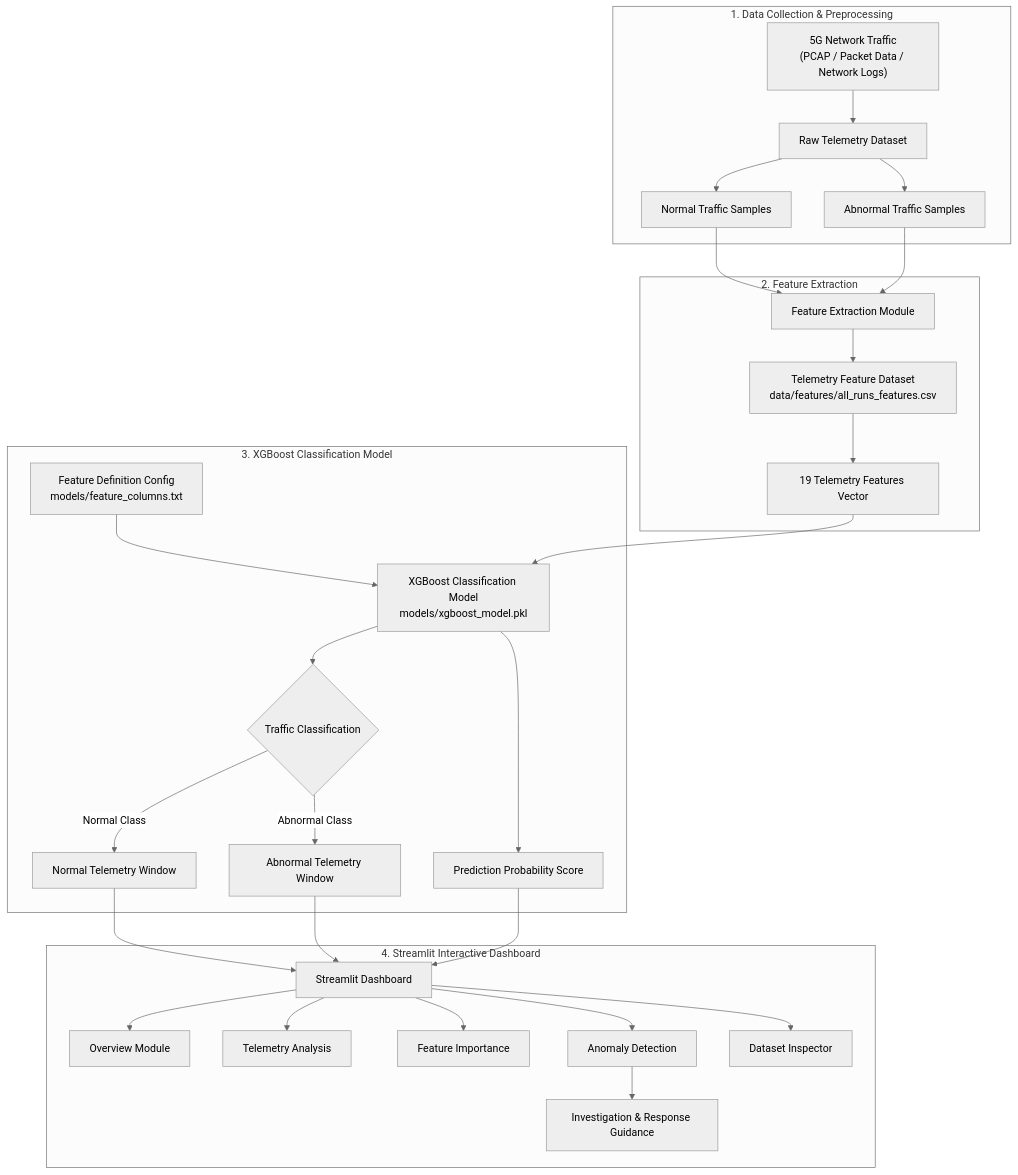
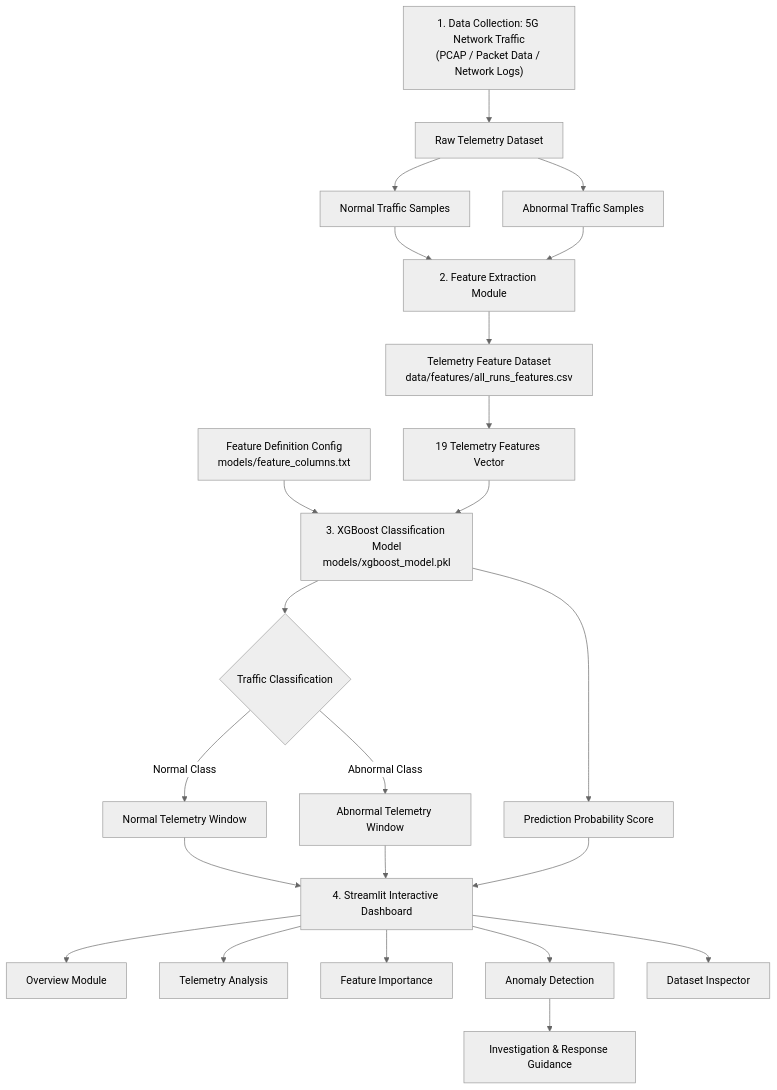
Before and after one commit to Chinmayanand03/5G-Network-Anomaly-Detection-Using-XGBoost-Based-Telemetry-Analysis: the first of 6 diagrams in README (1).md, drawn with Mermaid (neutral theme). The commit also changed other lines of this file and 1 other file, not shown here.

Commit message:
Replace subgraph columns with clean centered single-flow diagrams

````diff
--- a/README (1).md
+++ b/README (1).md
@@ -59,38 +59,31 @@
 ```mermaid
 flowchart TD
-    subgraph DataIngestion ["1. Data Collection & Preprocessing"]
-        A["5G Network Traffic<br/>(PCAP / Packet Data / Network Logs)"] --> B["Raw Telemetry Dataset"]
-        B --> C1["Normal Traffic Samples"]
-        B --> C2["Abnormal Traffic Samples"]
-    end
+    A["1. Data Collection: 5G Network Traffic<br/>(PCAP / Packet Data / Network Logs)"] --> B["Raw Telemetry Dataset"]
+    B --> C1["Normal Traffic Samples"]
+    B --> C2["Abnormal Traffic Samples"]
 
-    subgraph FeatureEngineering ["2. Feature Extraction"]
-        D["Feature Extraction Module"] --> E["Telemetry Feature Dataset<br/>data/features/all_runs_features.csv"]
-        E --> F["19 Telemetry Features Vector"]
-    end
+    C1 --> D["2. Feature Extraction Module"]
+    C2 --> D
+    D --> E["Telemetry Feature Dataset<br/>data/features/all_runs_features.csv"]
+    E --> F["19 Telemetry Features Vector"]
 
-    subgraph MLInference ["3. XGBoost Classification Model"]
-        H["Feature Definition Config<br/>models/feature_columns.txt"] --> G["XGBoost Classification Model<br/>models/xgboost_model.pkl"]
-        G --> I{"Traffic Classification"}
-        I -->|Normal Class| J["Normal Telemetry Window"]
-        I -->|Abnormal Class| K["Abnormal Telemetry Window"]
-        G --> L["Prediction Probability Score"]
-    end
+    H["Feature Definition Config<br/>models/feature_columns.txt"] --> G["3. XGBoost Classification Model<br/>models/xgboost_model.pkl"]
+    F --> G
+    G --> I{"Traffic Classification"}
 
-    subgraph DashboardUI ["4. Streamlit Interactive Dashboard"]
-        M["Streamlit Dashboard"]
-        M --> N1["Overview Module"]
-        M --> N2["Telemetry Analysis"]
-        M --> N3["Feature Importance"]
-        M --> N4["Anomaly Detection"]
-        M --> N5["Dataset Inspector"]
-        N4 --> O["Investigation & Response Guidance"]
-    end
+    I -->|Normal Class| J["Normal Telemetry Window"]
+    I -->|Abnormal Class| K["Abnormal Telemetry Window"]
+    G --> L["Prediction Probability Score"]
 
-    C1 --> D
-    C2 --> D
-    F --> G
-    J --> M
+    J --> M["4. Streamlit Interactive Dashboard"]
     K --> M
     L --> M
+
+    M --> N1["Overview Module"]
+    M --> N2["Telemetry Analysis"]
+    M --> N3["Feature Importance"]
+    M --> N4["Anomaly Detection"]
+    M --> N5["Dataset Inspector"]
+
+    N4 --> O["Investigation & Response Guidance"]
 ```
````
